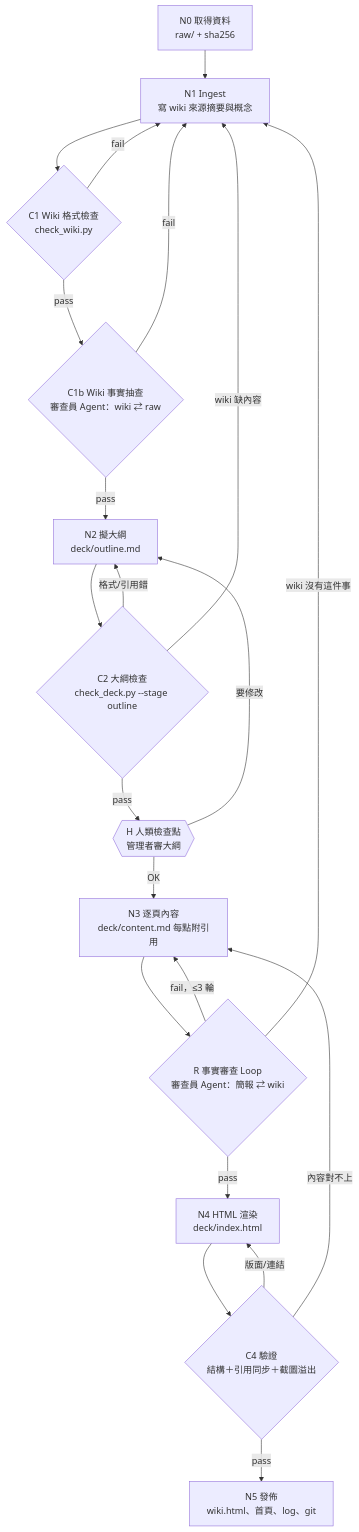
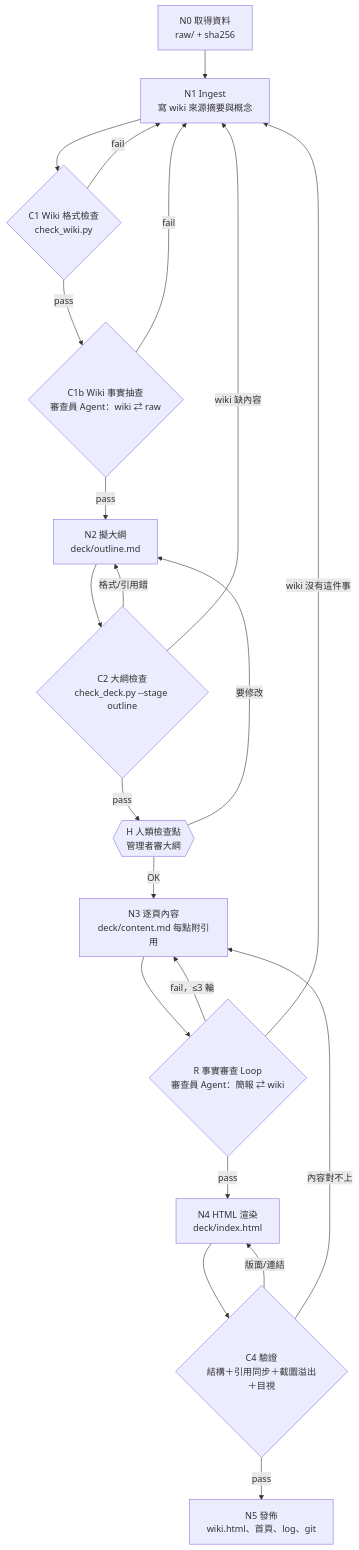
The diagram in docs/workflow.md (Wilson0503/agent-workflow-wiki), drawn with Mermaid before and after one commit. The commit also changed other lines of this file and 37 other files, not shown here.

````diff
--- a/docs/workflow.md
+++ b/docs/workflow.md
@@ -8,23 +8,23 @@
 ```mermaid
 flowchart TD
     N0[N0 取得資料<br/>raw/ + sha256] --> N1[N1 Ingest<br/>寫 wiki 來源摘要與概念]
     N1 --> C1{C1 Wiki 格式檢查<br/>check_wiki.py}
     C1 -- fail --> N1
     C1 -- pass --> C1b{C1b Wiki 事實抽查<br/>審查員 Agent：wiki ⇄ raw}
     C1b -- fail --> N1
     C1b -- pass --> N2[N2 擬大綱<br/>deck/outline.md]
     N2 --> C2{C2 大綱檢查<br/>check_deck.py --stage outline}
     C2 -- 格式/引用錯 --> N2
     C2 -- wiki 缺內容 --> N1
     C2 -- pass --> H{{H 人類檢查點<br/>管理者審大綱}}
     H -- 要修改 --> N2
     H -- OK --> N3[N3 逐頁內容<br/>deck/content.md 每點附引用]
     N3 --> R{R 事實審查 Loop<br/>審查員 Agent：簡報 ⇄ wiki}
     R -- fail，≤3 輪 --> N3
     R -- wiki 沒有這件事 --> N1
     R -- pass --> N4[N4 HTML 渲染<br/>deck/index.html]
-    N4 --> C4{C4 驗證<br/>結構＋引用同步＋截圖溢出}
+    N4 --> C4{C4 驗證<br/>結構＋引用同步＋截圖溢出＋目視}
     C4 -- 版面/連結 --> N4
     C4 -- 內容對不上 --> N3
     C4 -- pass --> N5[N5 發佈<br/>wiki.html、首頁、log、git]
 ```
````
